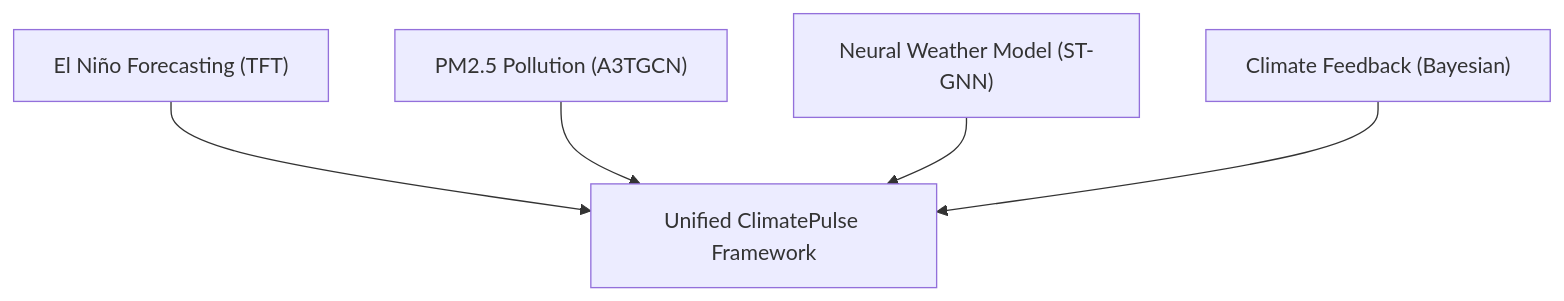
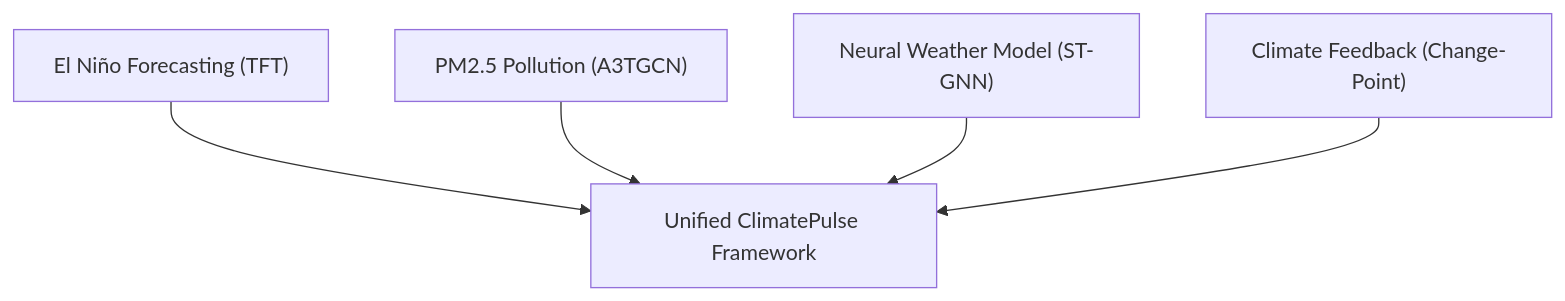
The second of 2 diagrams in docs/research_paper/research_paper.md (aditripaul/climate_pulse), drawn with Mermaid before and after one commit. The commit also changed other lines of this file and 15 other files, not shown here.

````diff
--- a/docs/research_paper/research_paper.md
+++ b/docs/research_paper/research_paper.md
@@ -164,7 +164,7 @@
 ```mermaid
 flowchart TD
     A["El Niño Forecasting (TFT)"] --> E["Unified ClimatePulse Framework"]
     B["PM2.5 Pollution (A3TGCN)"] --> E
     C["Neural Weather Model (ST-GNN)"] --> E
-    D["Climate Feedback (Bayesian)"] --> E
+    D["Climate Feedback (Change-Point)"] --> E
 ```
````
